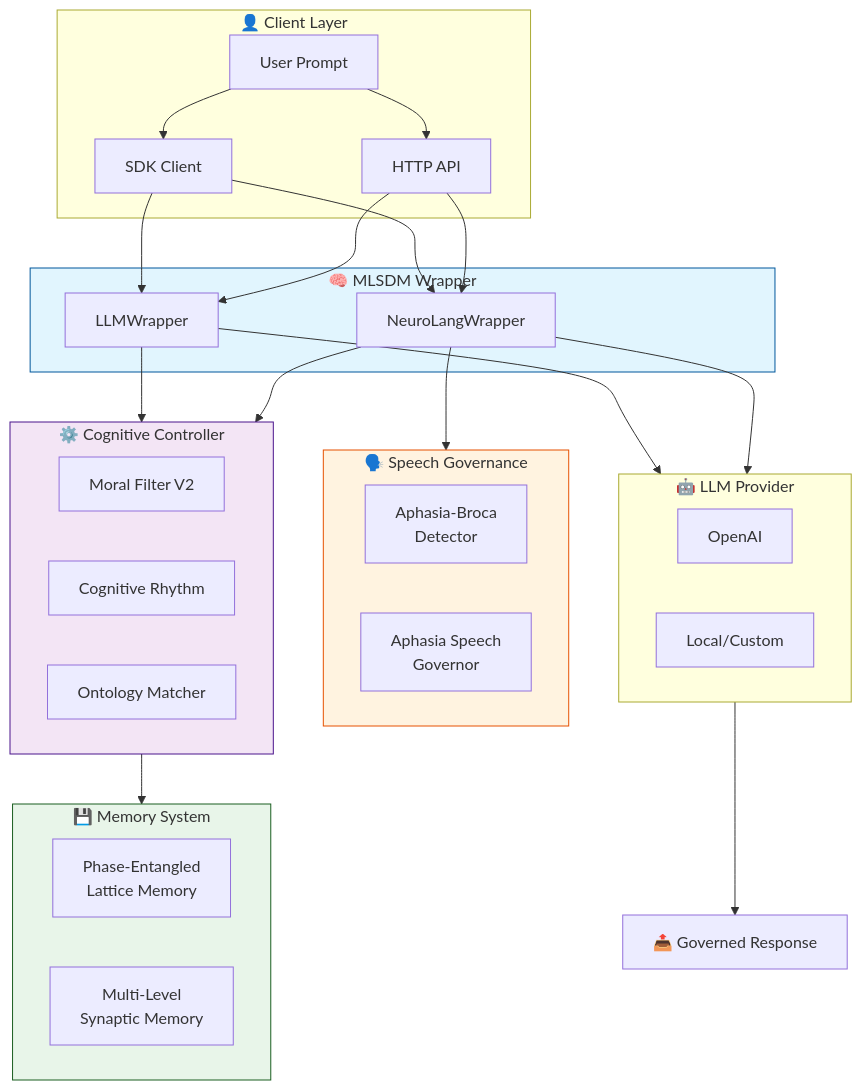
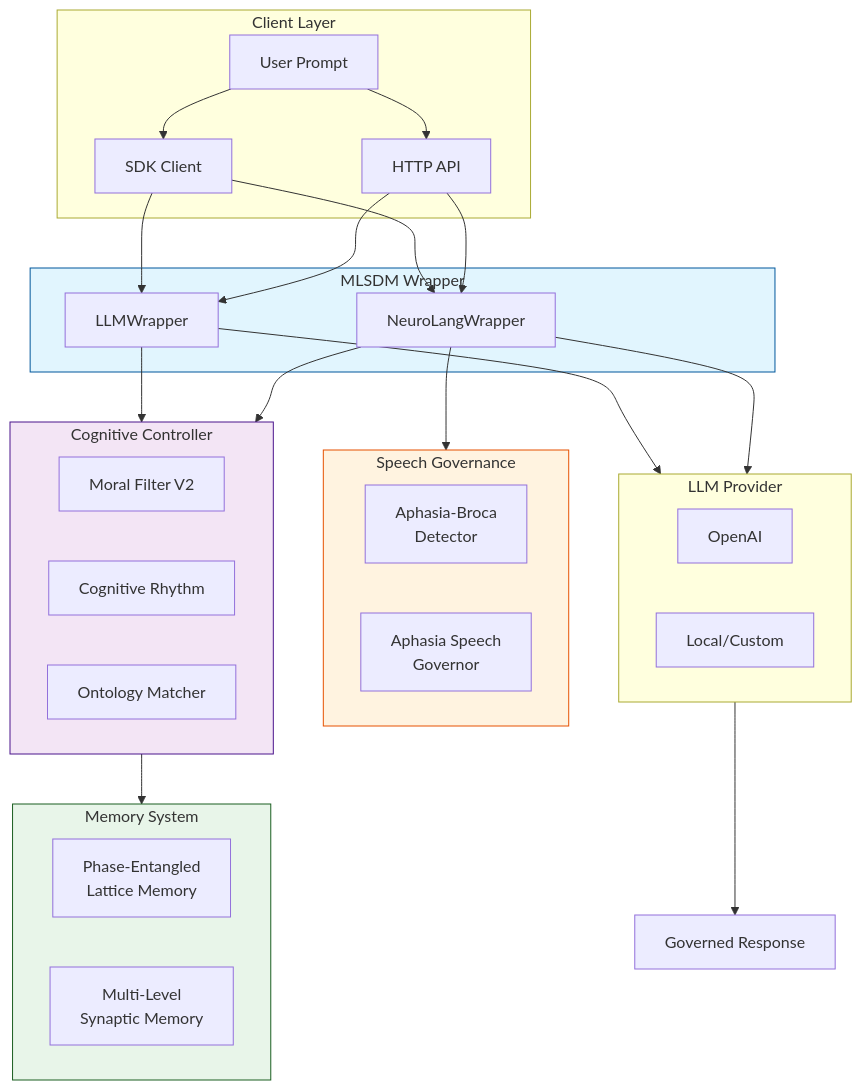
One commit to neuron7x/mlsdm-governed-cognitive-memory changed the first of 2 diagrams in README.md. Above: the diagram before and after it, drawn with Mermaid. The commit also changed other lines of this file, not shown here.

````diff
--- a/README.md
+++ b/README.md
@@ -206,47 +171,47 @@
 ```mermaid
 flowchart TB
-    subgraph Client["👤 Client Layer"]
+    subgraph Client["Client Layer"]
         U[User Prompt]
         SDK[SDK Client]
         API[HTTP API]
     end
 
-    subgraph Wrapper["🧠 MLSDM Wrapper"]
+    subgraph Wrapper["MLSDM Wrapper"]
         LW[LLMWrapper]
         NLW[NeuroLangWrapper]
     end
 
-    subgraph Controller["⚙️ Cognitive Controller"]
+    subgraph Controller["Cognitive Controller"]
         MF[Moral Filter V2]
         CR[Cognitive Rhythm]
         OM[Ontology Matcher]
     end
 
-    subgraph Memory["💾 Memory System"]
+    subgraph Memory["Memory System"]
         PELM[Phase-Entangled<br/>Lattice Memory]
         MLM[Multi-Level<br/>Synaptic Memory]
     end
 
-    subgraph Speech["🗣️ Speech Governance"]
+    subgraph Speech["Speech Governance"]
         ABD[Aphasia-Broca<br/>Detector]
         ASG[Aphasia Speech<br/>Governor]
     end
 
-    subgraph LLM["🤖 LLM Provider"]
+    subgraph LLM["LLM Provider"]
         OpenAI[OpenAI]
         Local[Local/Custom]
     end
 
     U --> SDK & API
     SDK & API --> LW & NLW
     LW & NLW --> Controller
     Controller --> Memory
     NLW --> Speech
     LW & NLW --> LLM
-    LLM --> Response[📤 Governed Response]
+    LLM --> Response[Governed Response]
 
     style Wrapper fill:#e1f5fe,stroke:#01579b
     style Controller fill:#f3e5f5,stroke:#4a148c
     style Memory fill:#e8f5e9,stroke:#1b5e20
     style Speech fill:#fff3e0,stroke:#e65100
 ```
````
